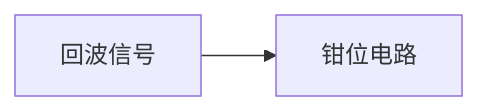
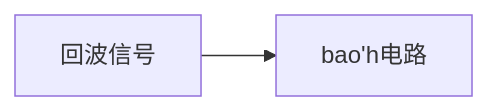
The diagram in all/未命名-1.md (Rukawa15/iodraw-files), drawn with Mermaid before and after one commit.

Commit message:
2025-06-18 18:55:46 update

````diff
--- a/all/未命名-1.md
+++ b/all/未命名-1.md
@@ -1,6 +1,6 @@
 ```mermaid
 graph LR
-A[回波信号] --> B[钳位电路]
+A[回波信号] --> B[bao'h电路]
 
     
 ```
````
